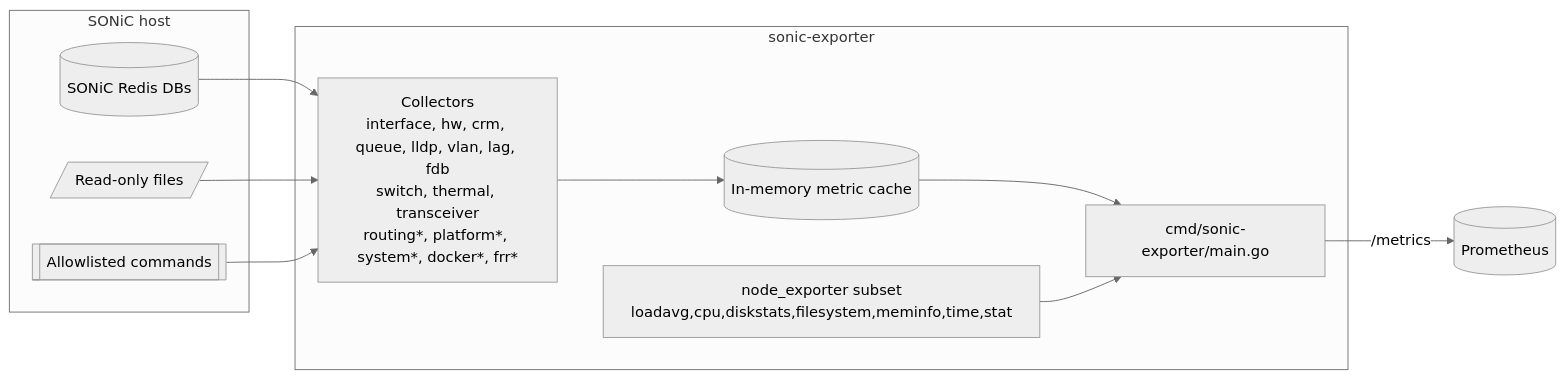
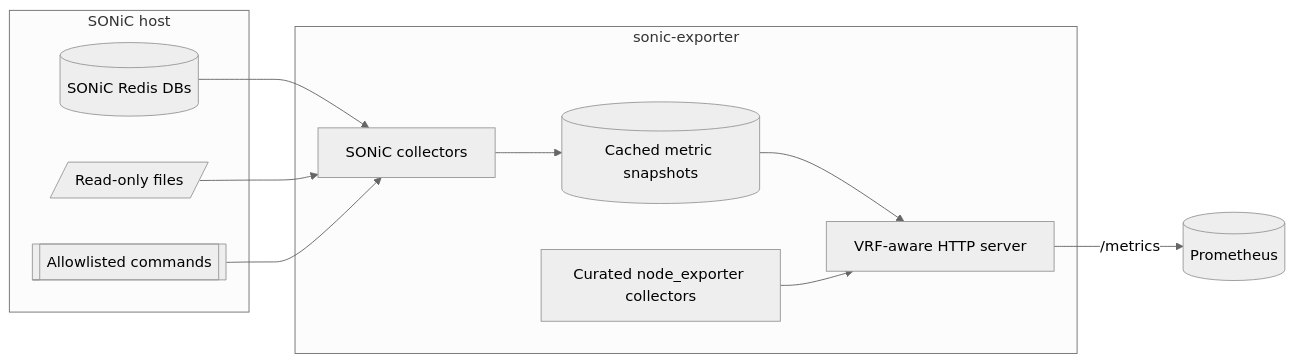
Before and after one commit to premday/sonic-exporter: the diagram in README.md, drawn with Mermaid (neutral theme). The commit also changed other lines of this file and 2 other files, not shown here.

````diff
--- a/README.md
+++ b/README.md
@@ -31,25 +82,25 @@
 ```mermaid
 flowchart LR
-    subgraph SONiC host
-        R[(SONiC Redis DBs)]
-        F[/Read-only files/]
-        C[[Allowlisted commands]]
+    subgraph SONiC[SONiC host]
+        REDIS[(SONiC Redis DBs)]
+        FILES[/Read-only files/]
+        CMDS[[Allowlisted commands]]
     end
 
-    subgraph sonic-exporter
-        M[cmd/sonic-exporter/main.go]
-        COL[Collectors\ninterface, hw, crm, queue, lldp, vlan, lag, fdb\nswitch, thermal, transceiver\nrouting*, platform*, system*, docker*, frr*]
-        CACHE[(In-memory metric cache)]
-        NODE[node_exporter subset\nloadavg,cpu,diskstats,filesystem,meminfo,time,stat]
+    subgraph EXPORTER[sonic-exporter]
+        COLLECTORS[SONiC collectors]
+        CACHE[(Cached metric snapshots)]
+        NODE[Curated node_exporter collectors]
+        HTTP[VRF-aware HTTP server]
     end
 
-    P[(Prometheus)]
+    PROM[(Prometheus)]
 
-    R --> COL
-    F --> COL
-    C --> COL
-    COL --> CACHE
-    CACHE --> M
-    NODE --> M
-    M -->|/metrics| P
+    REDIS --> COLLECTORS
+    FILES --> COLLECTORS
+    CMDS --> COLLECTORS
+    COLLECTORS --> CACHE
+    CACHE --> HTTP
+    NODE --> HTTP
+    HTTP -->|/metrics| PROM
 ```
````
